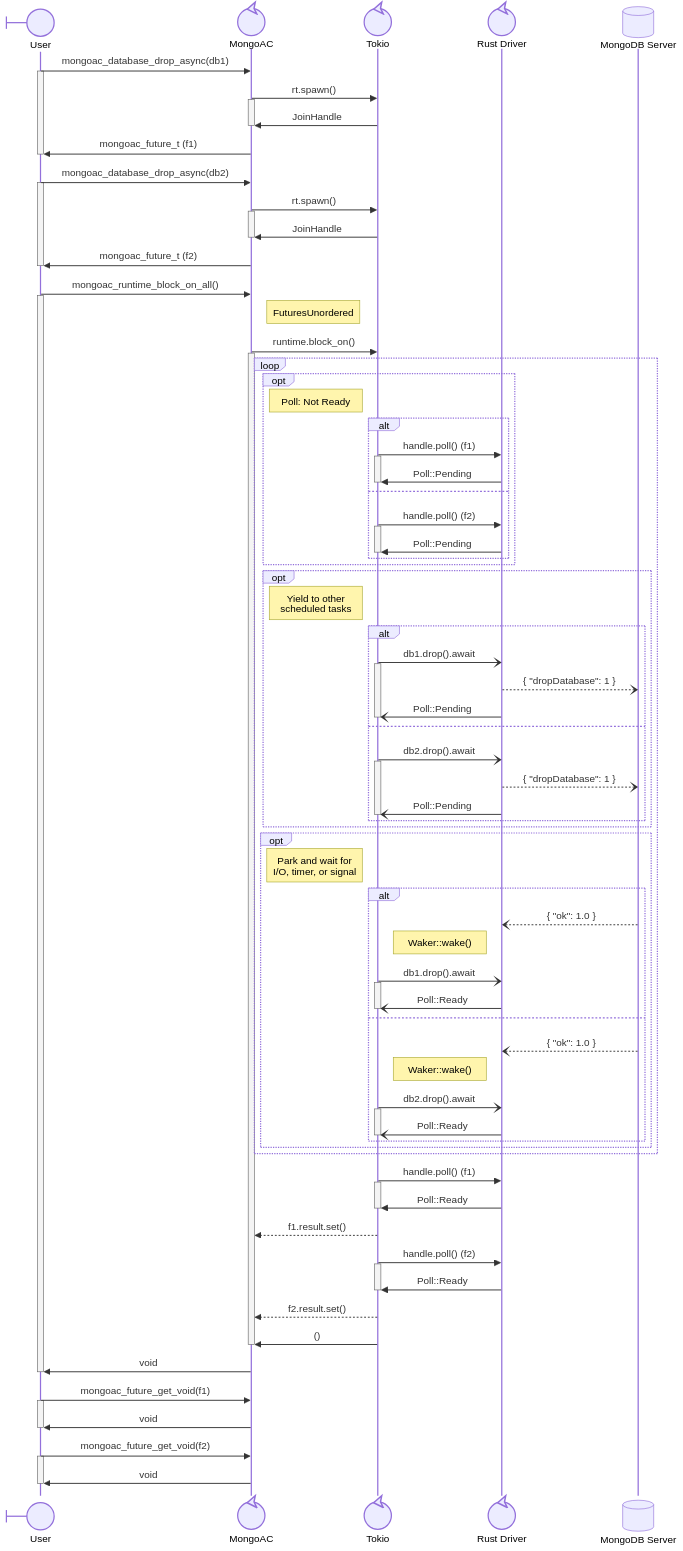
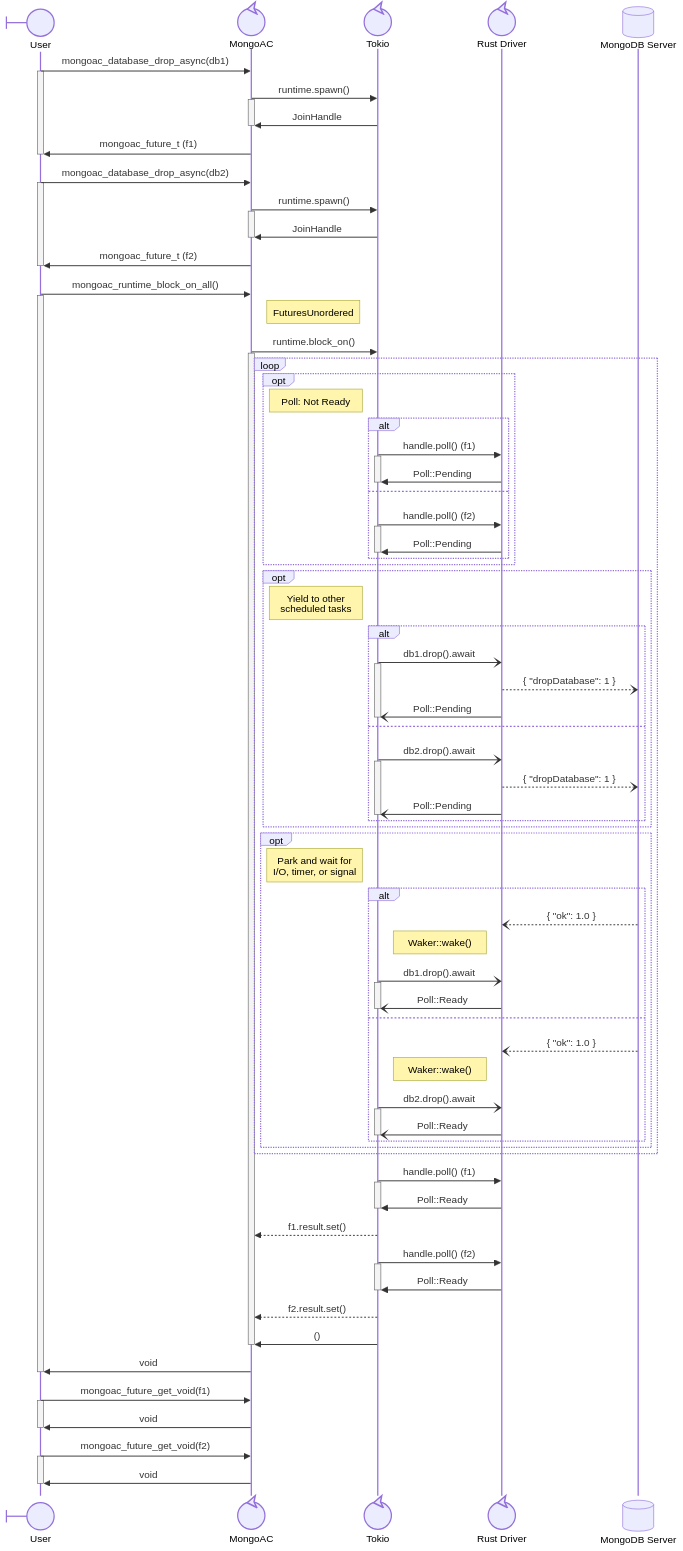
The second of 3 diagrams in README.md (mongodb-labs/mongoac-spec), drawn with Mermaid before and after one commit. The commit also changed other lines of this file, not shown here.

Commit message:
Update diagrams and snippets for consistency (#27)

```diff
--- a/README.md
+++ b/README.md
@@ -1429,7 +1429,7 @@
 
 U ->> M: mongoac_database_drop_async(db1)
 activate U
-  M ->> T: rt.spawn()
+  M ->> T: runtime.spawn()
   activate M
     T ->> M: JoinHandle
     deactivate M
@@ -1438,7 +1438,7 @@
 
 U ->> M: mongoac_database_drop_async(db2)
 activate U
-  M ->> T: rt.spawn()
+  M ->> T: runtime.spawn()
   activate M
     T ->> M: JoinHandle
     deactivate M
```
